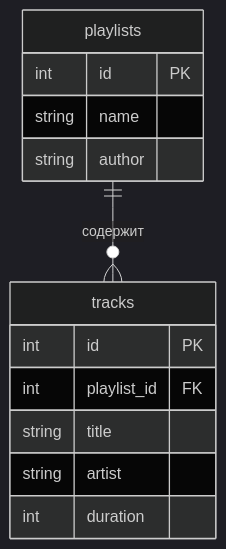
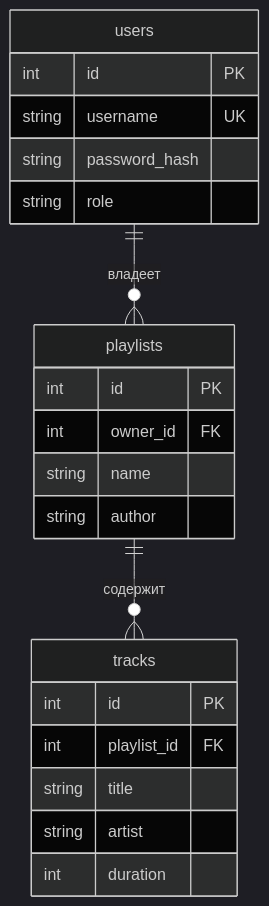
One commit to DelLock/BackendPlaylistMusic changed the diagram in README.md. Above: the diagram before and after it, drawn with Mermaid (dark theme). The commit also changed other lines of this file and 25 other files, not shown here.

````diff
--- a/README.md
+++ b/README.md
@@ -47,16 +68,24 @@
 ```mermaid
 erDiagram
+    users ||--o{ playlists : "владеет"
     playlists ||--o{ tracks : "содержит"
+    users {
+        int id PK
+        string username UK
+        string password_hash
+        string role
+    }
     playlists {
         int id PK
+        int owner_id FK
         string name
         string author
     }
     tracks {
         int id PK
         int playlist_id FK
         string title
         string artist
         int duration
     }
 ```
````
